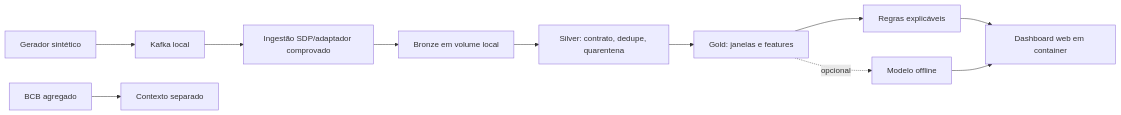
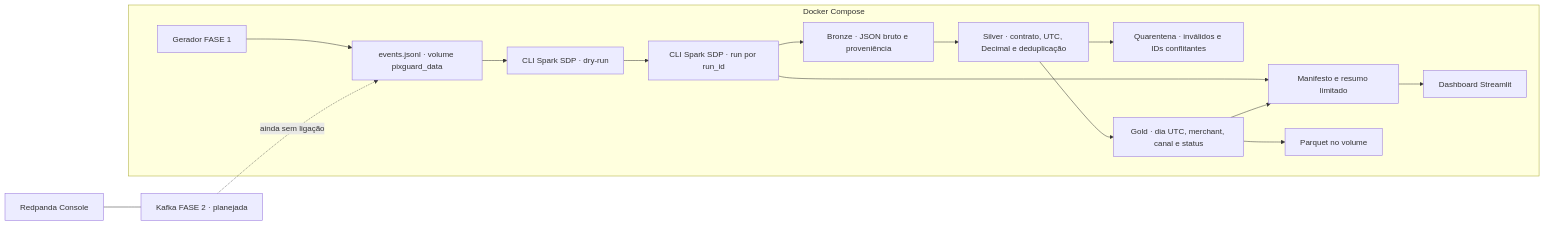
One commit to faelk8/pix_guard changed the diagram in docs/plan.md. Above: the diagram before and after it, drawn with Mermaid. The commit also changed other lines of this file and 7 other files, not shown here.

Commit message:
docs: explain offline Spark pipeline and dashboard (Refs #12)

````diff
--- a/docs/plan.md
+++ b/docs/plan.md
@@ -30,13 +32,18 @@
 ```mermaid
 flowchart LR
-  GEN[Gerador sintético] --> K[Kafka local]
-  K --> SDP[Ingestão SDP/adaptador comprovado]
-  SDP --> B[Bronze em volume local]
-  B --> S[Silver: contrato, dedupe, quarentena]
-  S --> G[Gold: janelas e features]
-  G --> RULE[Regras explicáveis]
-  G -. opcional .-> ML[Modelo offline]
-  RULE --> DASH[Dashboard web em container]
-  ML --> DASH
-  BCB[BCB agregado] --> CTX[Contexto separado]
+  subgraph Compose[Docker Compose]
+    GEN[Gerador FASE 1] --> JSONL[events.jsonl · volume pixguard_data]
+    JSONL --> DRY[CLI Spark SDP · dry-run]
+    DRY --> RUN[CLI Spark SDP · run por run_id]
+    RUN --> B[Bronze · JSON bruto e proveniência]
+    B --> S[Silver · contrato, UTC, Decimal e deduplicação]
+    S --> Q[Quarentena · inválidos e IDs conflitantes]
+    S --> G[Gold · dia UTC, merchant, canal e status]
+    RUN --> M[Manifesto e resumo limitado]
+    G --> M
+    M --> DASH[Dashboard Streamlit]
+    G --> PARQ[Parquet no volume]
+  end
+  K[Kafka FASE 2 · planejada] -. ainda sem ligação .-> JSONL
+  CON[Redpanda Console] --- K
 ```
````
